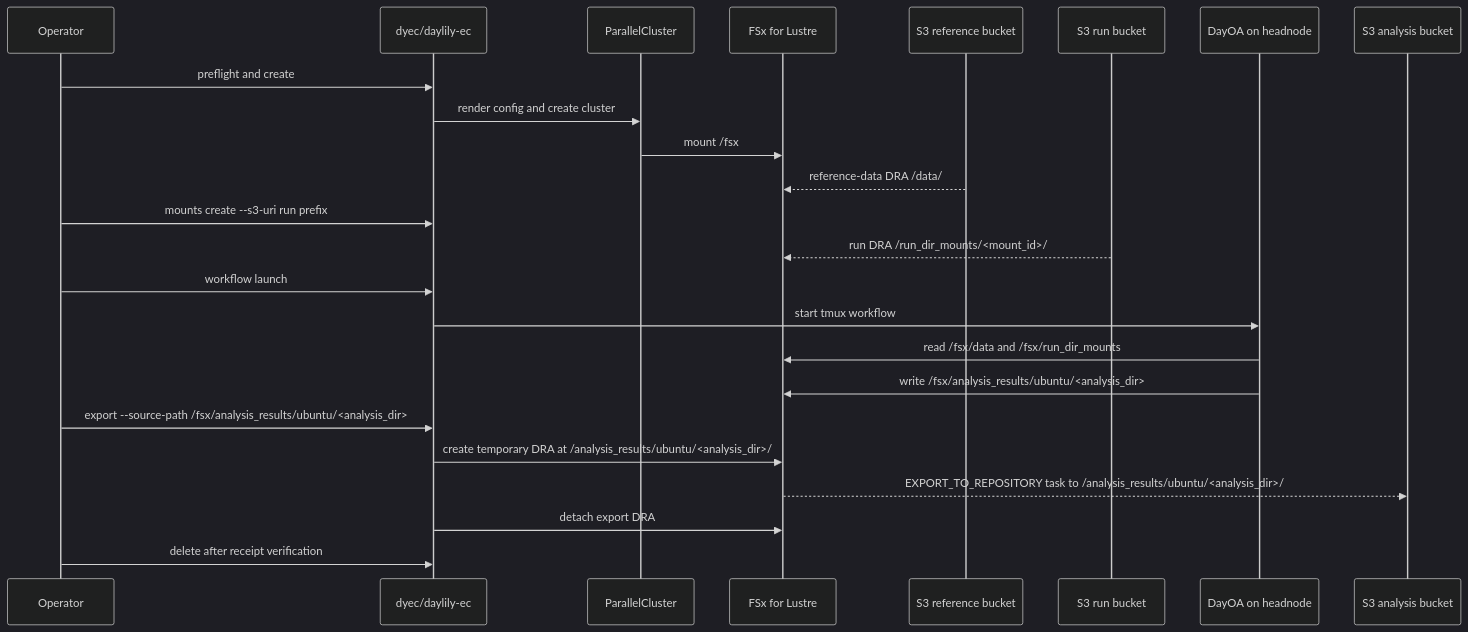
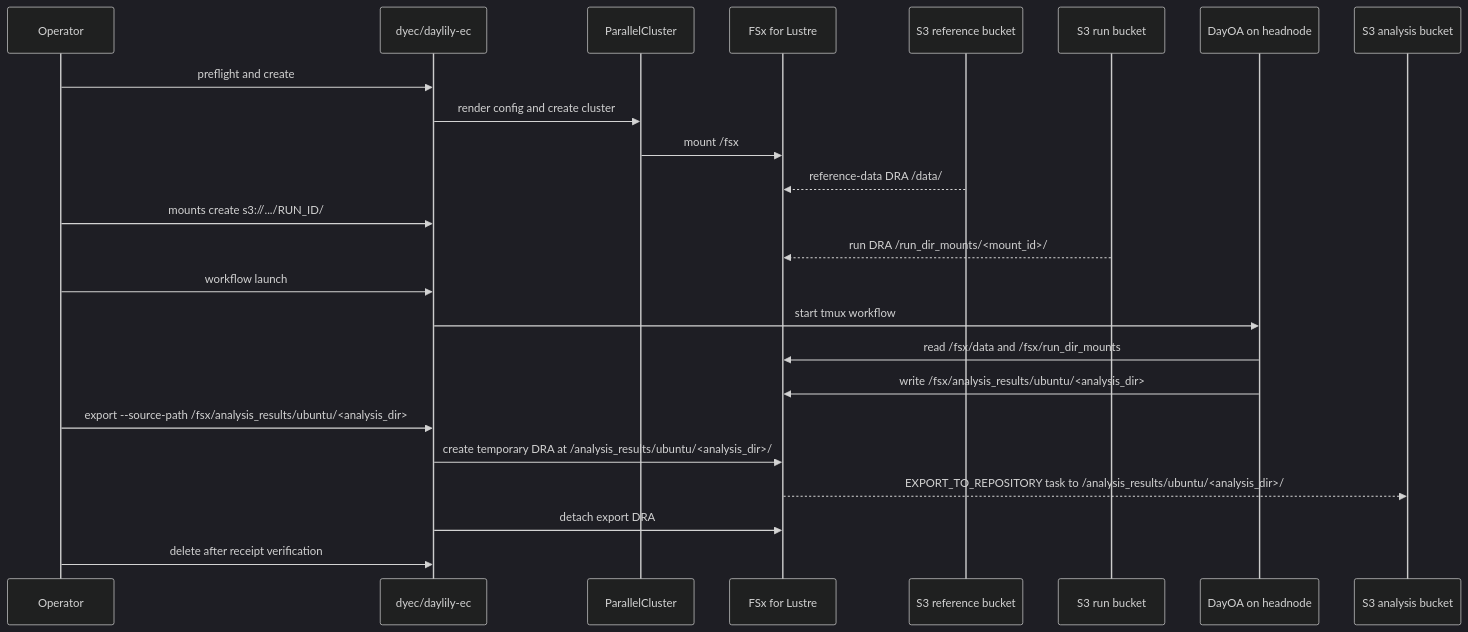
The first of 3 diagrams in docs/dra_fsx_strategy.md (Daylily-Informatics/daylily-ephemeral-cluster), drawn with Mermaid (dark theme) before and after one commit. The commit also changed other lines of this file and 18 other files, not shown here.

````diff
--- a/docs/dra_fsx_strategy.md
+++ b/docs/dra_fsx_strategy.md
@@ -18,27 +18,27 @@
 ```mermaid
 sequenceDiagram
   participant Op as Operator
   participant DyEC as dyec/daylily-ec
   participant PC as ParallelCluster
   participant FSx as FSx for Lustre
   participant Ref as S3 reference bucket
   participant Run as S3 run bucket
   participant DayOA as DayOA on headnode
   participant Out as S3 analysis bucket
 
   Op->>DyEC: preflight and create
   DyEC->>PC: render config and create cluster
   PC->>FSx: mount /fsx
   Ref-->>FSx: reference-data DRA /data/
-  Op->>DyEC: mounts create --s3-uri run prefix
+  Op->>DyEC: mounts create s3://.../RUN_ID/
   Run-->>FSx: run DRA /run_dir_mounts/<mount_id>/
   Op->>DyEC: workflow launch
   DyEC->>DayOA: start tmux workflow
   DayOA->>FSx: read /fsx/data and /fsx/run_dir_mounts
   DayOA->>FSx: write /fsx/analysis_results/ubuntu/<analysis_dir>
   Op->>DyEC: export --source-path /fsx/analysis_results/ubuntu/<analysis_dir>
   DyEC->>FSx: create temporary DRA at /analysis_results/ubuntu/<analysis_dir>/
   FSx-->>Out: EXPORT_TO_REPOSITORY task to /analysis_results/ubuntu/<analysis_dir>/
   DyEC->>FSx: detach export DRA
   Op->>DyEC: delete after receipt verification
 ```
````
